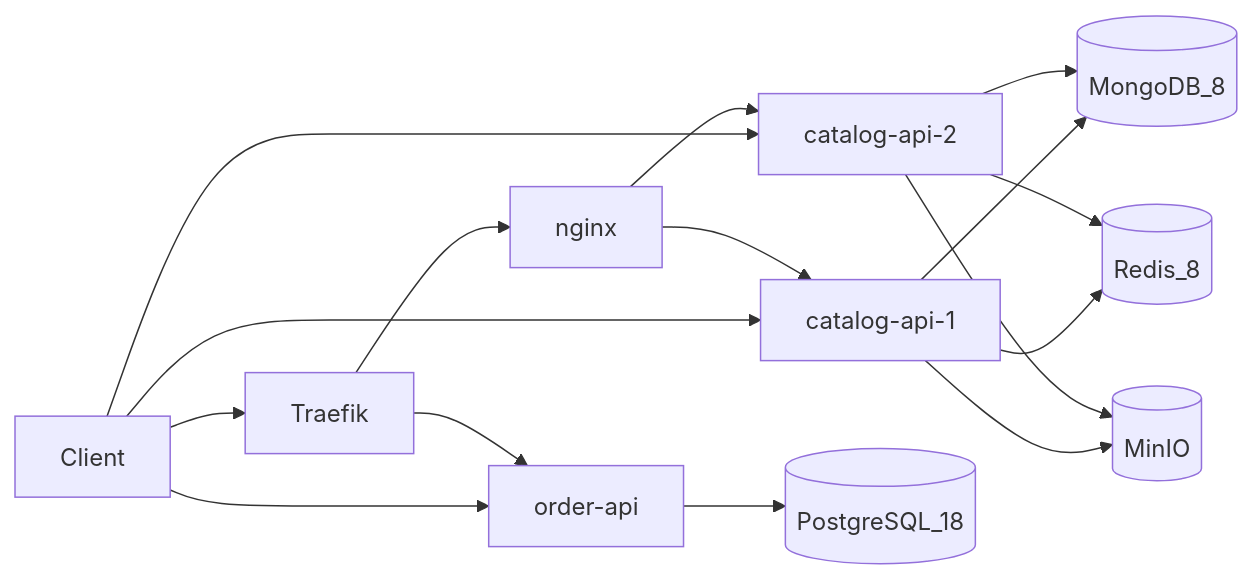
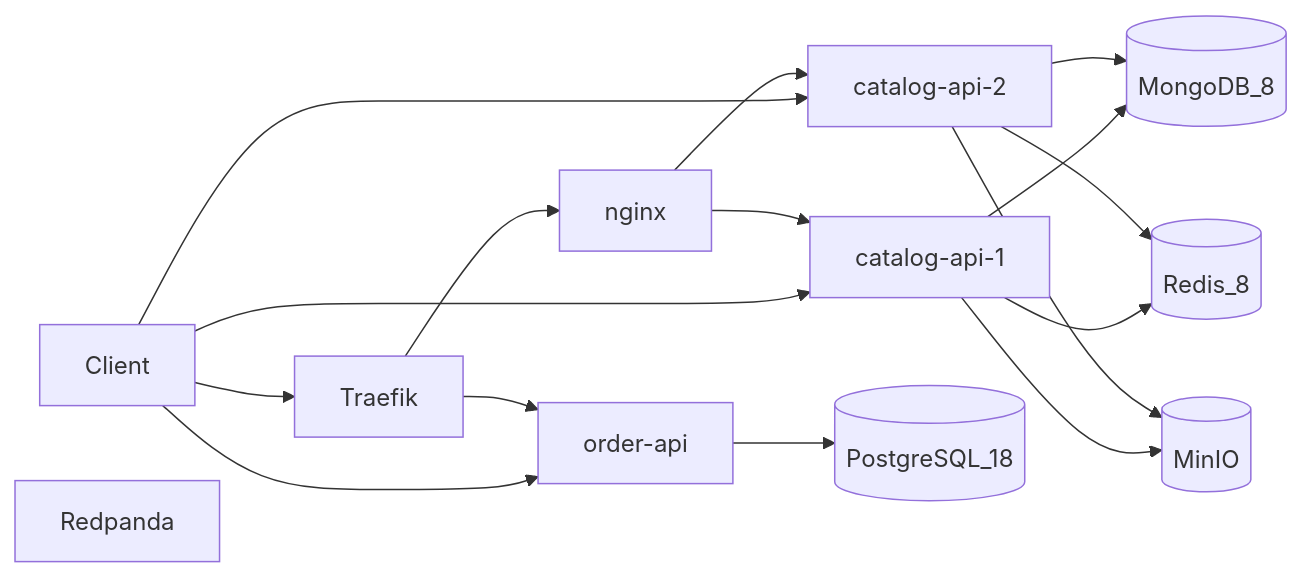
The first of 2 diagrams in docs/docs/architecture/overview.mdx (ianckc/streamshop-distributed-system), drawn with Mermaid before and after one commit. The commit also changed other lines of this file and 11 other files, not shown here.

````diff
--- a/docs/docs/architecture/overview.mdx
+++ b/docs/docs/architecture/overview.mdx
@@ -11,18 +11,19 @@
 ```mermaid
 flowchart LR
   Client[Client] --> Traefik[Traefik]
   Client --> Catalog1[catalog-api-1]
   Client --> Catalog2[catalog-api-2]
   Client --> OrderAPI[order-api]
   Traefik --> Nginx[nginx]
   Traefik --> OrderAPI
   Nginx --> Catalog1
   Nginx --> Catalog2
   Catalog1 --> Mongo[(MongoDB_8)]
   Catalog2 --> Mongo
   Catalog1 --> Redis[(Redis_8)]
   Catalog2 --> Redis
   Catalog1 --> MinIO[(MinIO)]
   Catalog2 --> MinIO
   OrderAPI --> Postgres[(PostgreSQL_18)]
+  Redpanda[Redpanda]
 ```
````
